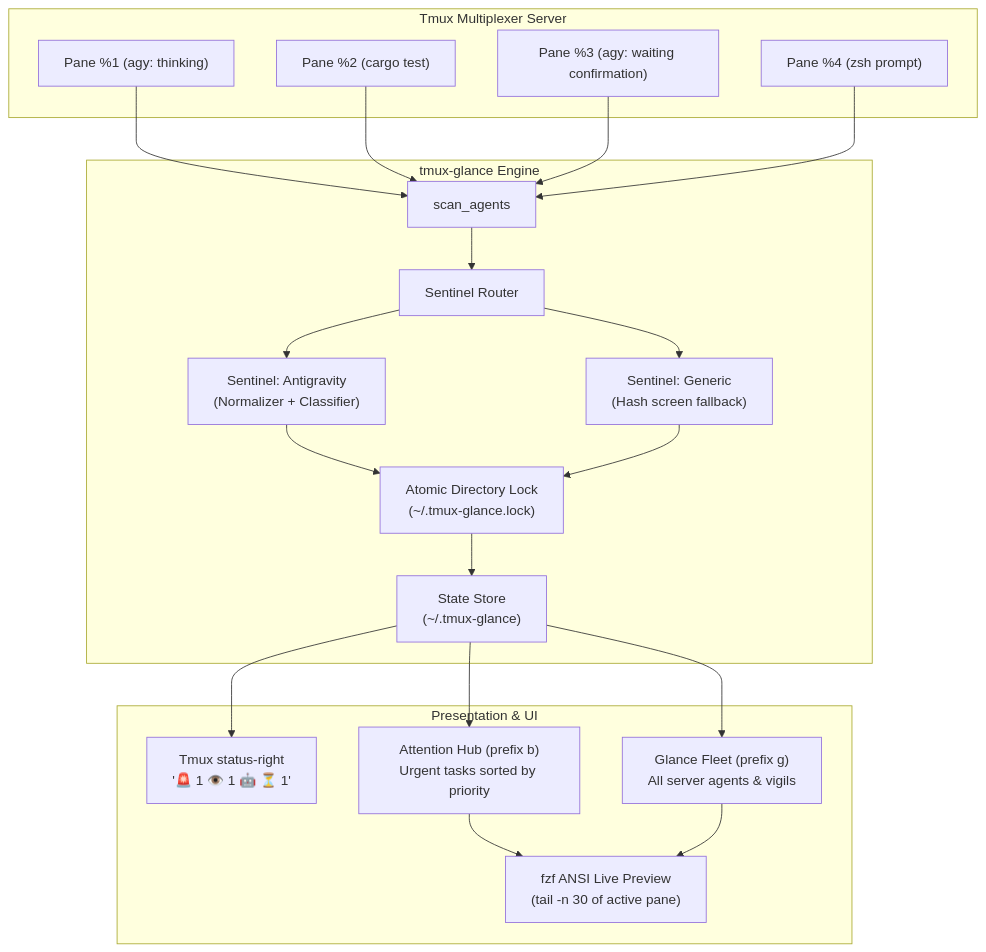
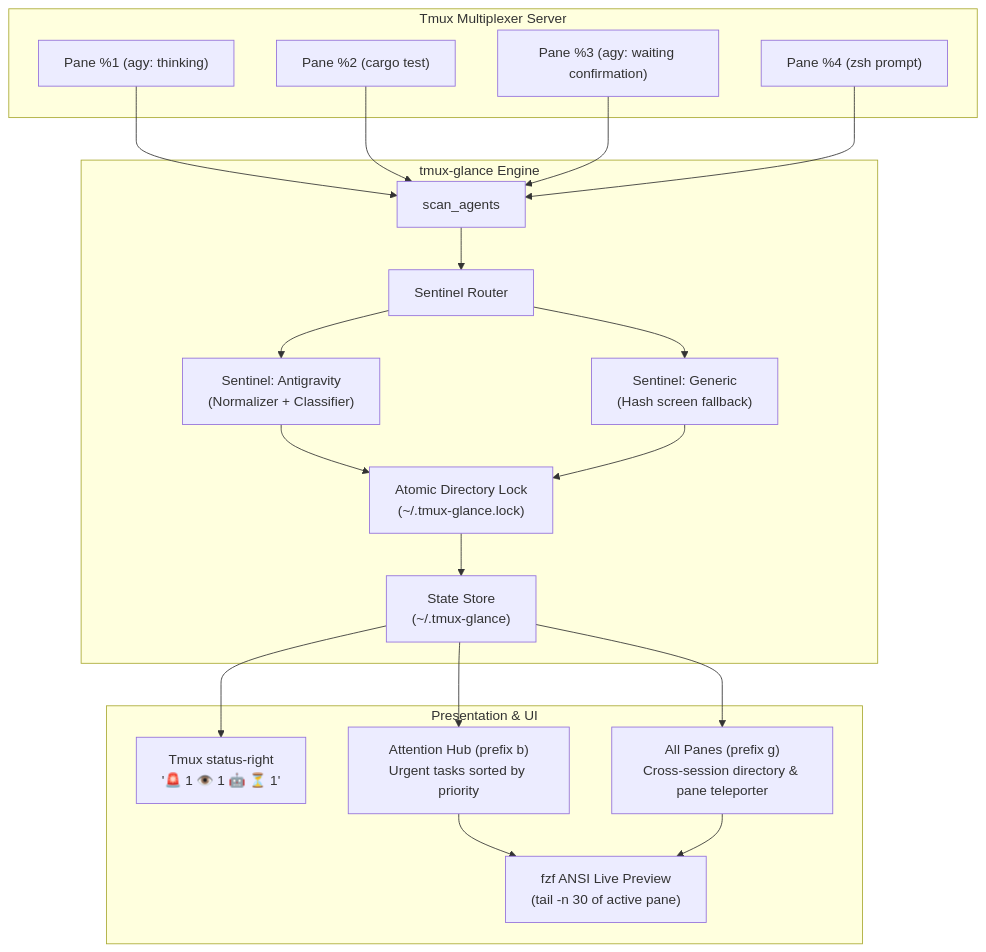
Before and after one commit to mhutchinson/tmux-glance: the diagram in DESIGN.md, drawn with Mermaid. The commit also changed other lines of this file and 4 other files, not shown here.

Commit message:
docs: rebrand fleet view to all panes go-to teleporter and highlight agent monitoring

````diff
--- a/DESIGN.md
+++ b/DESIGN.md
@@ -37,36 +37,36 @@
 ```mermaid
 flowchart TD
     subgraph Tmux Multiplexer Server
         P1["Pane %1 (agy: thinking)"]
         P2["Pane %2 (cargo test)"]
         P3["Pane %3 (agy: waiting confirmation)"]
         P4["Pane %4 (zsh prompt)"]
     end
 
     subgraph tmux-glance Engine
         Scan["scan_agents"]
         Router["Sentinel Router"]
         S_AGY["Sentinel: Antigravity\n(Normalizer + Classifier)"]
         S_GEN["Sentinel: Generic\n(Hash screen fallback)"]
         Lock["Atomic Directory Lock\n(~/.tmux-glance.lock)"]
         State["State Store\n(~/.tmux-glance)"]
     end
 
     subgraph Presentation & UI
         Status["Tmux status-right\n'🚨 1  👁️ 1  🤖 ⏳ 1'"]
         Hub["Attention Hub (prefix b)\nUrgent tasks sorted by priority"]
-        Fleet["Glance Fleet (prefix g)\nAll server agents & vigils"]
+        Fleet["All Panes (prefix g)\nCross-session directory & pane teleporter"]
         Preview["fzf ANSI Live Preview\n(tail -n 30 of active pane)"]
     end
 
     P1 & P2 & P3 & P4 --> Scan
     Scan --> Router
     Router --> S_AGY
     Router --> S_GEN
     S_AGY & S_GEN --> Lock
     Lock --> State
     State --> Status
     State --> Hub
     State --> Fleet
     Hub & Fleet --> Preview
 ```
````
